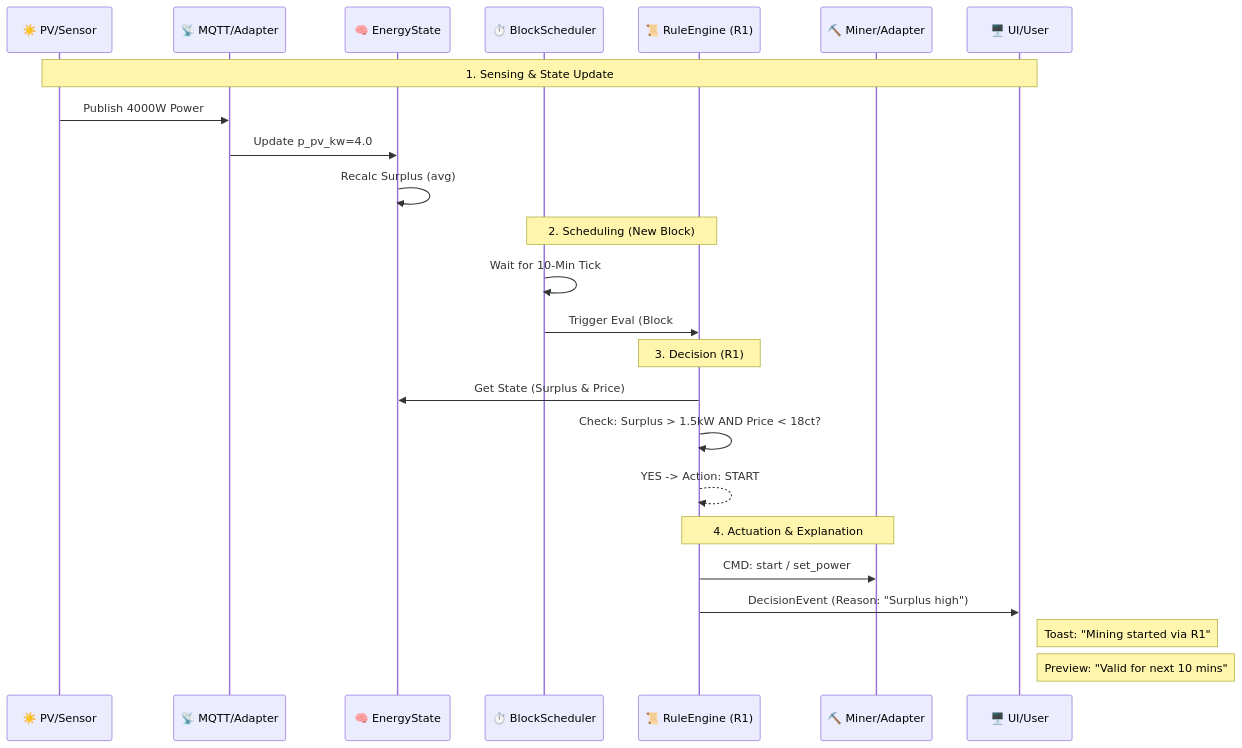
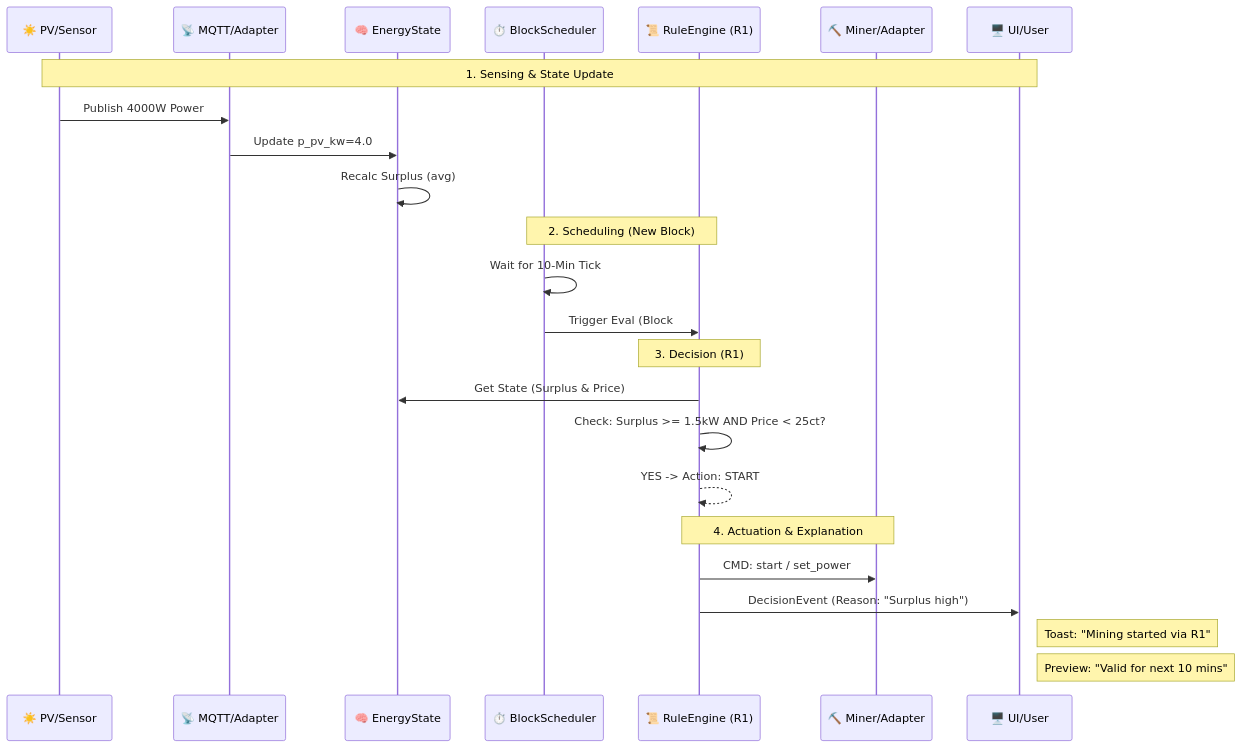
The diagram in docs/architecture/06_runtime_view/0601_normal_start.md (bitgrid-research/BitGridAI), drawn with Mermaid before and after one commit. The commit also changed other lines of this file and 40 other files, not shown here.

`````diff
--- a/docs/architecture/06_runtime_view/0601_normal_start.md
+++ b/docs/architecture/06_runtime_view/0601_normal_start.md
@@ -17,31 +17,31 @@
 ```mermaid
 sequenceDiagram
     participant PV as ☀️ PV/Sensor
     participant MQTT as 📡 MQTT/Adapter
     participant SSoT as 🧠 EnergyState
     participant Sched as ⏱️ BlockScheduler
     participant Rules as 📜 RuleEngine (R1)
     participant Miner as ⛏️ Miner/Adapter
     participant UI as 🖥️ UI/User
 
     Note over PV, UI: 1. Sensing & State Update
     PV->>MQTT: Publish 4000W Power
     MQTT->>SSoT: Update p_pv_kw=4.0
     SSoT->>SSoT: Recalc Surplus (avg)
 
     Note over Sched, Rules: 2. Scheduling (New Block)
     Sched->>Sched: Wait for 10-Min Tick
     Sched->>Rules: Trigger Eval (Block #N)
 
     Note over Rules: 3. Decision (R1)
     Rules->>SSoT: Get State (Surplus & Price)
-    Rules->>Rules: Check: Surplus > 1.5kW AND Price < 18ct?
+    Rules->>Rules: Check: Surplus >= 1.5kW AND Price < 25ct?
     Rules-->>Rules: YES -> Action: START
 
     Note over Rules, Miner: 4. Actuation & Explanation
     Rules->>Miner: CMD: start / set_power
     Rules->>UI: DecisionEvent (Reason: "Surplus high")
     
     Note right of UI: Toast: "Mining started via R1"
     Note right of UI: Preview: "Valid for next 10 mins"
 ````
`````
